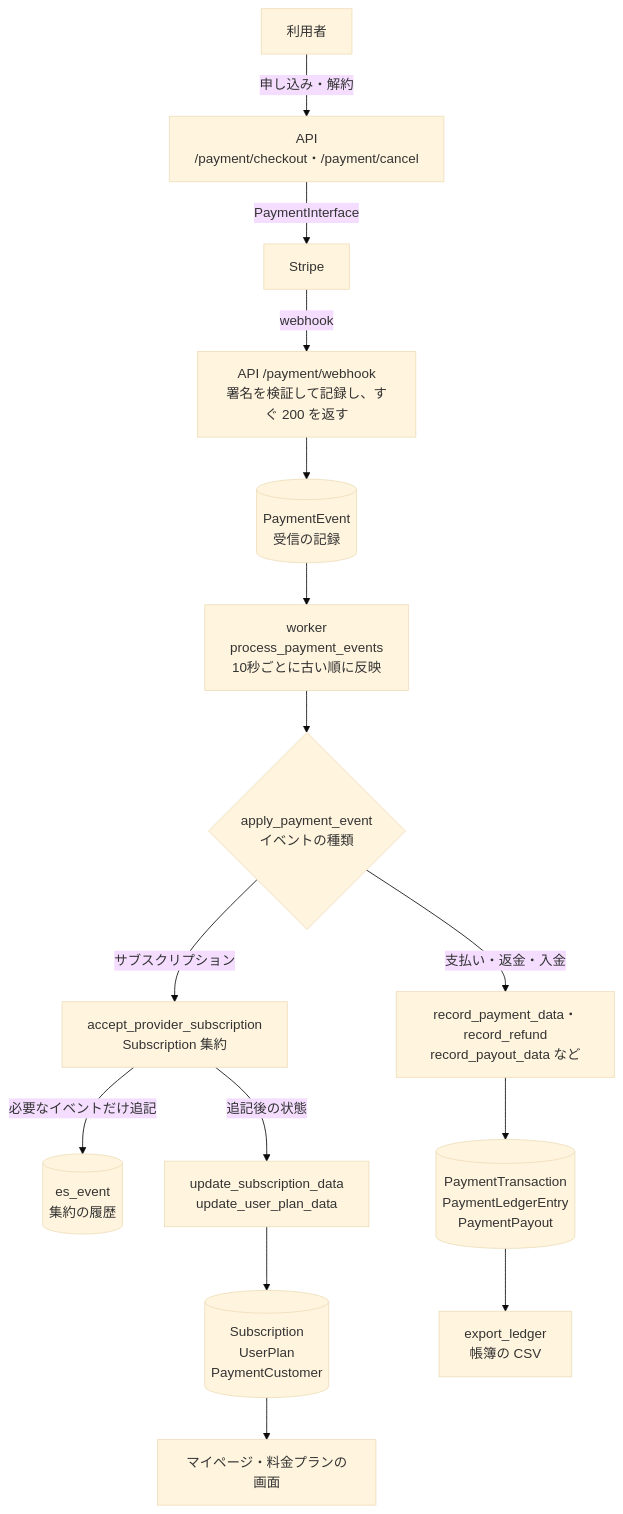
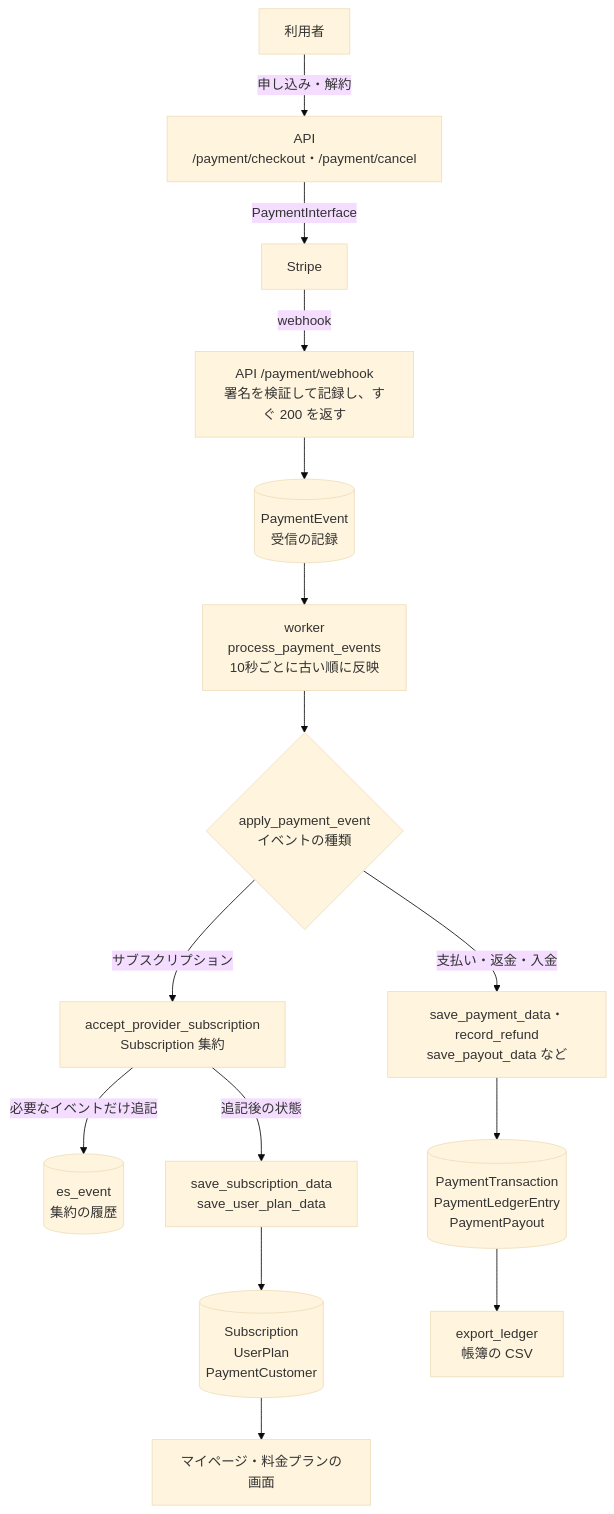
The diagram in docs/myus.md (ANFINII/MyUs), drawn with Mermaid (base theme) before and after one commit. The commit also changed 7 other files, not shown here.

````diff
--- a/docs/myus.md
+++ b/docs/myus.md
@@ -252,20 +252,20 @@
 ```mermaid
 flowchart TB
     User[利用者] -->|申し込み・解約| API["API<br/>/payment/checkout・/payment/cancel"]
     API -->|PaymentInterface| Stripe[Stripe]
     Stripe -->|webhook| Webhook["API /payment/webhook<br/>署名を検証して記録し、すぐ 200 を返す"]
     Webhook --> PE[(PaymentEvent<br/>受信の記録)]
     PE --> Worker["worker<br/>process_payment_events<br/>10秒ごとに古い順に反映"]
     Worker --> Apply{apply_payment_event<br/>イベントの種類}
 
     Apply -->|サブスクリプション| Command["accept_provider_subscription<br/>Subscription 集約"]
     Command -->|必要なイベントだけ追記| ES[(es_event<br/>集約の履歴)]
-    Command -->|追記後の状態| SubProj["update_subscription_data<br/>update_user_plan_data"]
+    Command -->|追記後の状態| SubProj["save_subscription_data<br/>save_user_plan_data"]
     SubProj --> SubTables[(Subscription<br/>UserPlan<br/>PaymentCustomer)]
 
-    Apply -->|支払い・返金・入金| PayProj["record_payment_data・record_refund<br/>record_payout_data など"]
+    Apply -->|支払い・返金・入金| PayProj["save_payment_data・record_refund<br/>save_payout_data など"]
     PayProj --> PayTables[(PaymentTransaction<br/>PaymentLedgerEntry<br/>PaymentPayout)]
 
     SubTables --> Screen[マイページ・料金プランの画面]
     PayTables --> Ledger[export_ledger<br/>帳簿の CSV]
 ```
````
